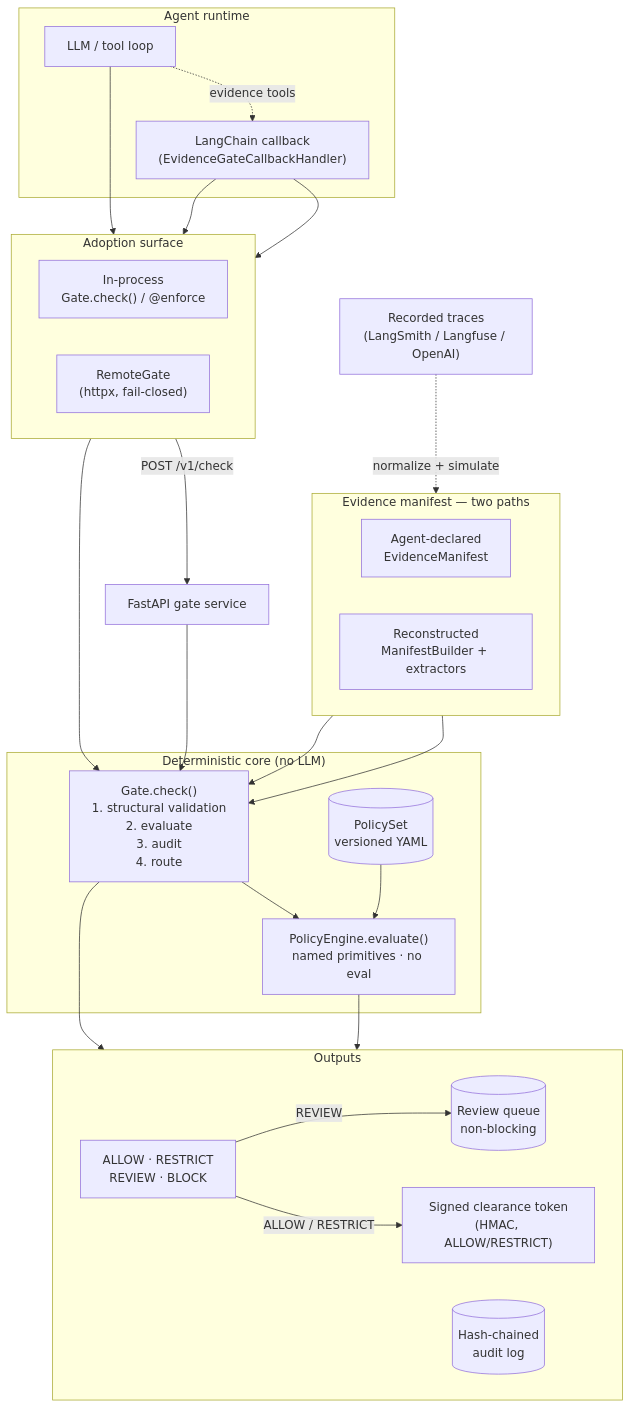
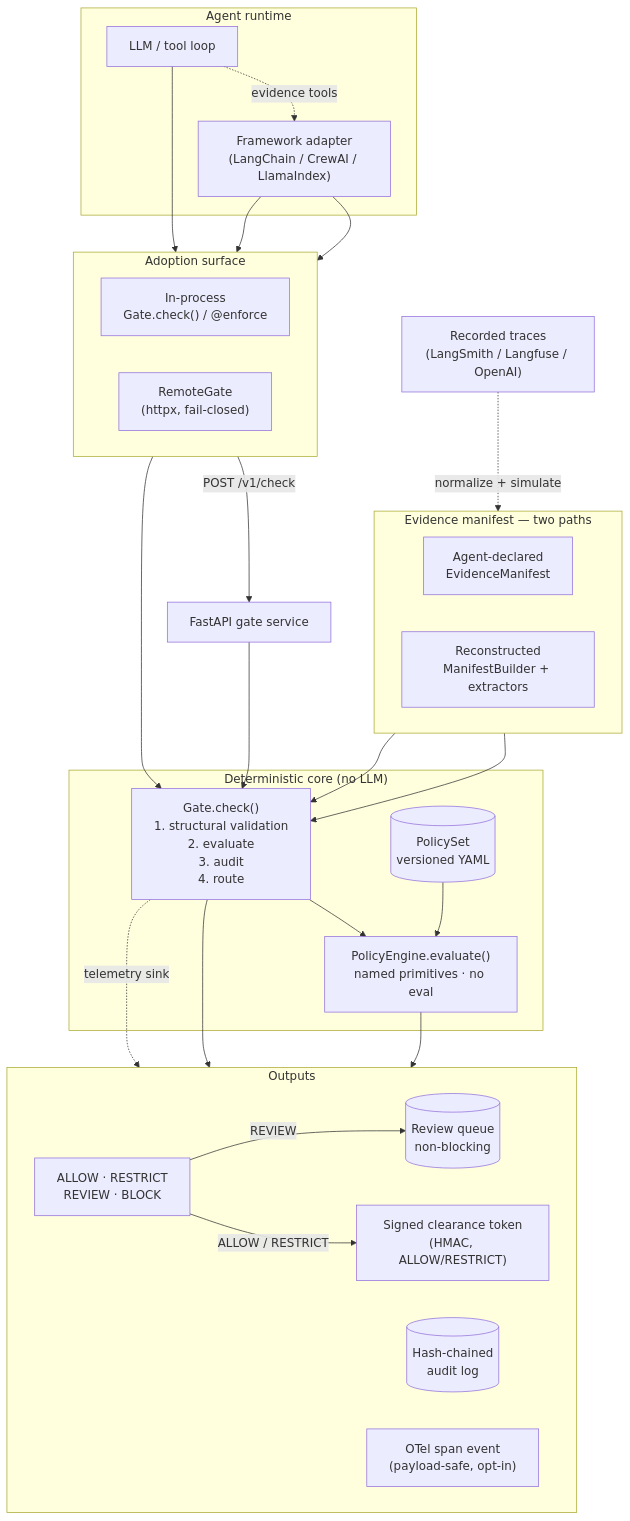
One commit to paritoshmmmec/agents-law changed the diagram in README.md. Above: the diagram before and after it, drawn with Mermaid. The commit also changed other lines of this file and 14 other files, not shown here.

````diff
--- a/README.md
+++ b/README.md
@@ -34,53 +38,55 @@
 ```mermaid
 flowchart TB
     subgraph agent["Agent runtime"]
         LLM["LLM / tool loop"]
-        LC["LangChain callback<br/>(EvidenceGateCallbackHandler)"]
+        LC["Framework adapter<br/>(LangChain / CrewAI / LlamaIndex)"]
         LLM -. evidence tools .-> LC
     end
 
     subgraph adopt["Adoption surface"]
         direction LR
         INPROC["In-process<br/>Gate.check() / @enforce"]
         REMOTE["RemoteGate<br/>(httpx, fail-closed)"]
     end
 
     subgraph evidence["Evidence manifest — two paths"]
         direction LR
         DECL["Agent-declared<br/>EvidenceManifest"]
         RECON["Reconstructed<br/>ManifestBuilder + extractors"]
     end
 
     subgraph core["Deterministic core (no LLM)"]
         GATE["Gate.check()<br/>1. structural validation<br/>2. evaluate<br/>3. audit<br/>4. route"]
         ENGINE["PolicyEngine.evaluate()<br/>named primitives · no eval"]
         POLICY[("PolicySet<br/>versioned YAML")]
         GATE --> ENGINE
         POLICY --> ENGINE
     end
 
     subgraph out["Outputs"]
         direction LR
         VERDICT["ALLOW · RESTRICT<br/>REVIEW · BLOCK"]
         AUDIT[("Hash-chained<br/>audit log")]
         REVIEW[("Review queue<br/>non-blocking")]
         TOKEN["Signed clearance token<br/>(HMAC, ALLOW/RESTRICT)"]
+        OTEL["OTel span event<br/>(payload-safe, opt-in)"]
     end
 
     LC --> INPROC
     LC --> REMOTE
     LLM --> INPROC
     REMOTE -->|POST /v1/check| SVC["FastAPI gate service"]
     SVC --> GATE
     INPROC --> GATE
 
     DECL --> GATE
     RECON --> GATE
 
     ENGINE --> VERDICT
     GATE --> AUDIT
+    GATE -. telemetry sink .-> OTEL
     VERDICT -->|REVIEW| REVIEW
     VERDICT -->|ALLOW / RESTRICT| TOKEN
 
     TRACE["Recorded traces<br/>(LangSmith / Langfuse / OpenAI)"] -. normalize + simulate .-> RECON
 ```
````
